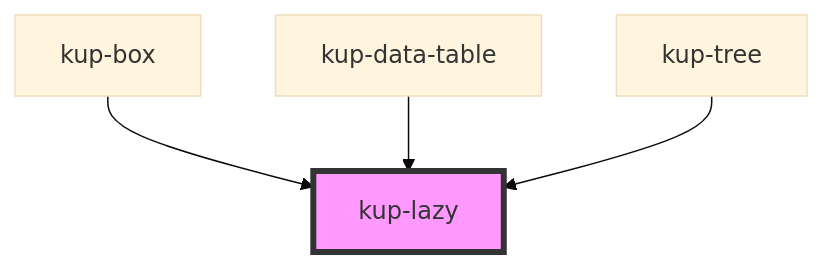
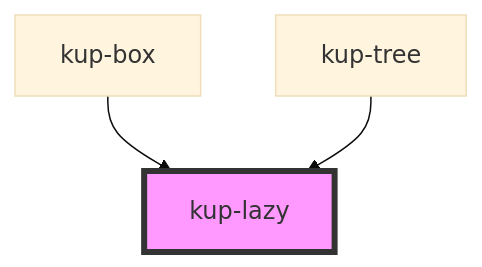
Before and after one commit to smeup/ketchup: the diagram in packages/ketchup/src/components/kup-lazy/readme.md, drawn with Mermaid (base theme). The commit also changed other lines of this file and 9 other files, not shown here.

````diff
--- a/packages/ketchup/src/components/kup-lazy/readme.md
+++ b/packages/ketchup/src/components/kup-lazy/readme.md
@@ -40,7 +39,6 @@
 ```mermaid
 graph TD;
   kup-box --> kup-lazy
-  kup-data-table --> kup-lazy
   kup-tree --> kup-lazy
   style kup-lazy fill:#f9f,stroke:#333,stroke-width:4px
 ```
````
